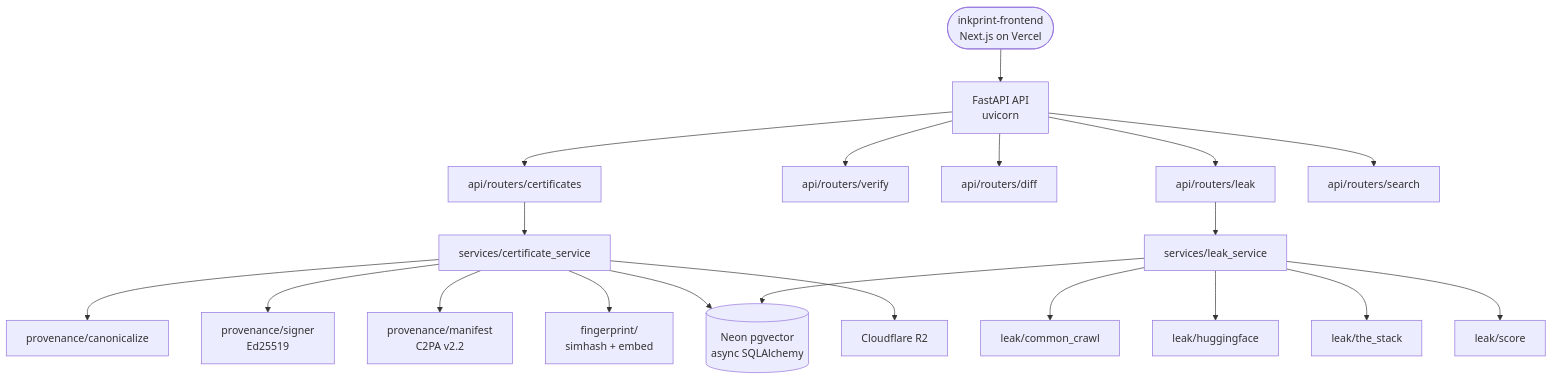
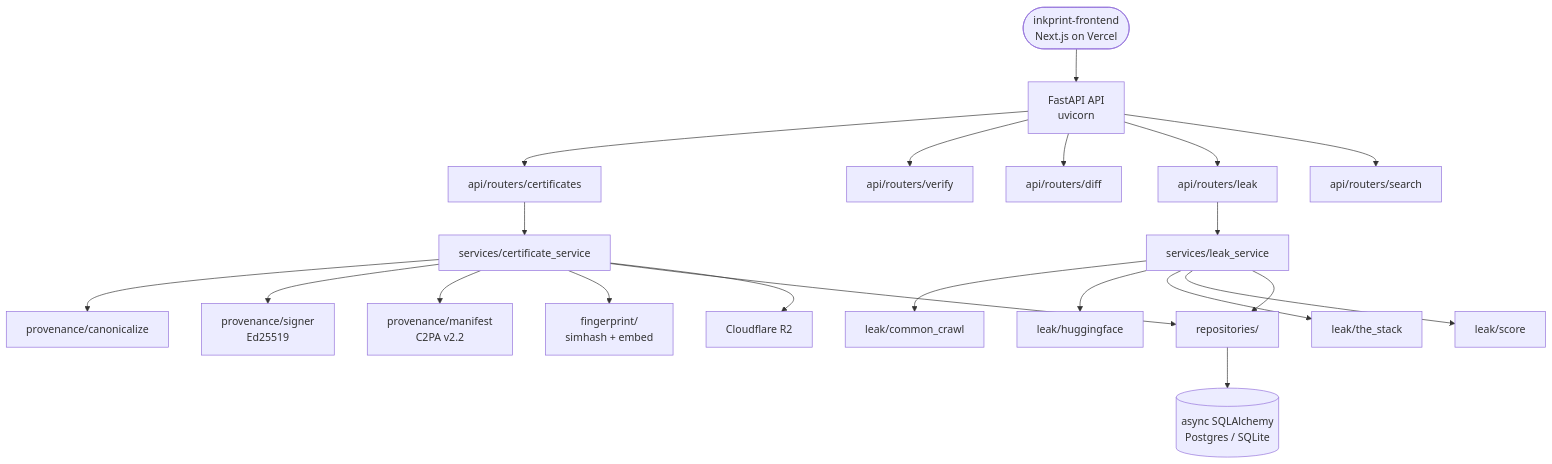
The fourth of 4 diagrams in README.md (Abdul-Muizz1310/inkprint-backend), drawn with Mermaid before and after one commit. The commit also changed other lines of this file and 1 other file, not shown here.

First line of the commit message:
docs: align README + ARCHITECTURE with the real persistence layer

````diff
--- a/README.md
+++ b/README.md
@@ -125,26 +125,27 @@
 ```mermaid
 flowchart TD
     Client([inkprint-frontend<br/>Next.js on Vercel]) --> API[FastAPI API<br/>uvicorn]
     API --> Certs[api/routers/certificates]
     API --> Verify[api/routers/verify]
     API --> Diff[api/routers/diff]
     API --> Leak[api/routers/leak]
     API --> Search[api/routers/search]
 
     Certs --> CertSvc[services/certificate_service]
     Leak --> LeakSvc[services/leak_service]
 
     CertSvc --> Canon[provenance/canonicalize]
     CertSvc --> Signer[provenance/signer<br/>Ed25519]
     CertSvc --> Manifest[provenance/manifest<br/>C2PA v2.2]
     CertSvc --> FP[fingerprint/<br/>simhash + embed]
 
     LeakSvc --> CC[leak/common_crawl]
     LeakSvc --> HF[leak/huggingface]
     LeakSvc --> Stack[leak/the_stack]
     LeakSvc --> Score[leak/score]
 
-    CertSvc --> DB[(Neon pgvector<br/>async SQLAlchemy)]
+    CertSvc --> Repo[repositories/]
+    Repo --> DB[(async SQLAlchemy<br/>Postgres / SQLite)]
     CertSvc --> R2[Cloudflare R2]
-    LeakSvc --> DB
+    LeakSvc --> Repo
 ```
````
